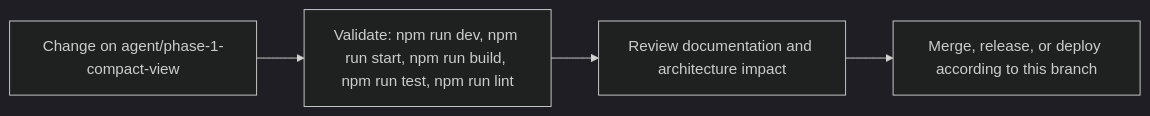
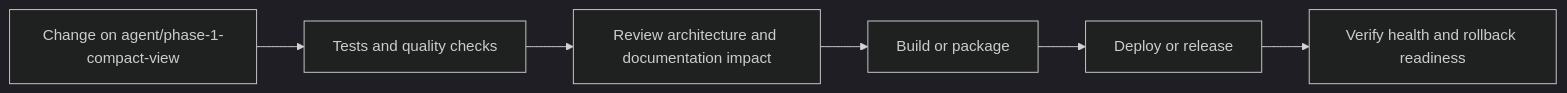
One commit to Nischhalsubba/BindForge-NW changed the sixth of 7 diagrams in README.md. Above: the diagram before and after it, drawn with Mermaid (dark theme). The commit also changed other lines of this file, not shown here.

````diff
--- a/README.md
+++ b/README.md
@@ -88,8 +198,8 @@
 ```mermaid
 flowchart LR
-    CHANGE["Change on agent/phase-1-compact-view"]
-    CHECK["Validate: npm run dev, npm run start, npm run build, npm run test, npm run lint"]
-    REVIEW["Review documentation and architecture impact"]
-    RELEASE["Merge, release, or deploy according to this branch"]
-    CHANGE --> CHECK --> REVIEW --> RELEASE
+    CHANGE["Change on agent/phase-1-compact-view"] --> CHECK["Tests and quality checks"]
+    CHECK --> REVIEW["Review architecture and documentation impact"]
+    REVIEW --> BUILD["Build or package"]
+    BUILD --> DEPLOY["Deploy or release"]
+    DEPLOY --> VERIFY["Verify health and rollback readiness"]
 ```
````
